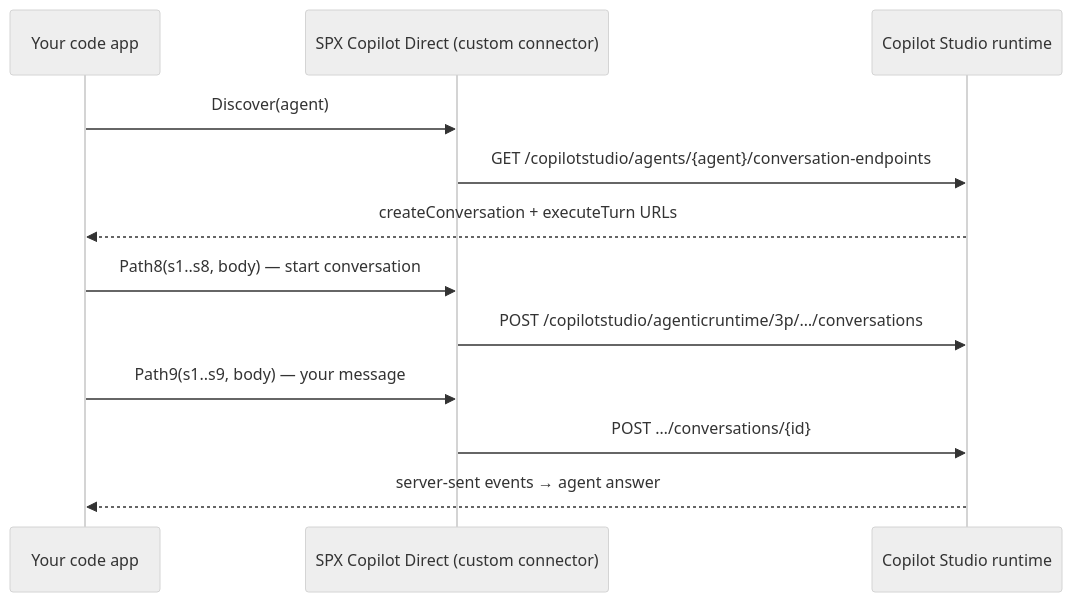
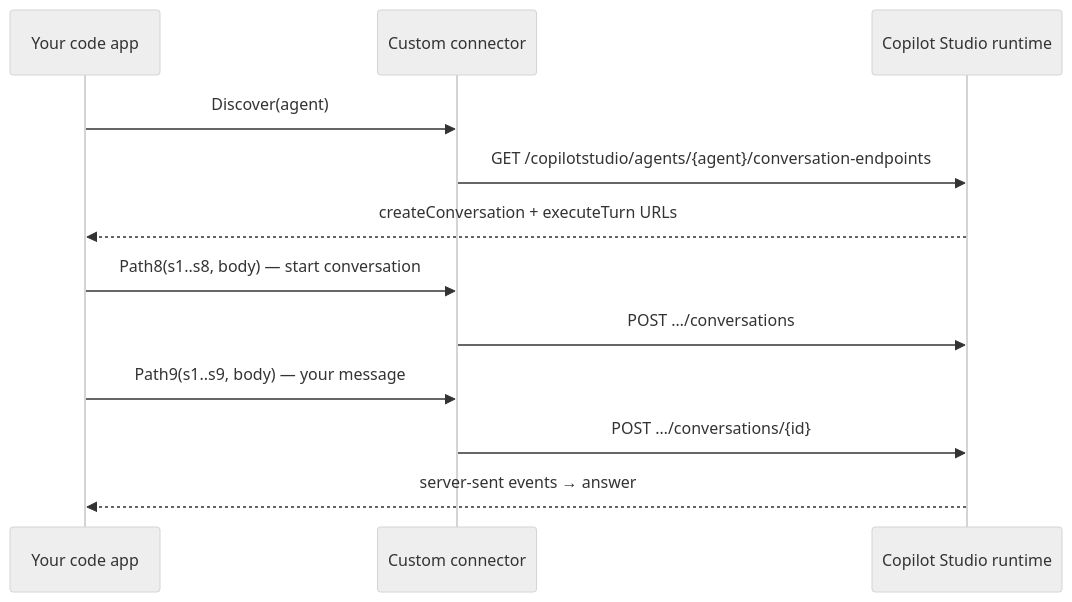
The second of 2 diagrams in sharepoint-explorer/README.md (PowerofAutomation2026/ClaudePowerofautomation), drawn with Mermaid (neutral theme) before and after one commit. The commit also changed other lines of this file and 10 other files, not shown here.

````diff
--- a/sharepoint-explorer/README.md
+++ b/sharepoint-explorer/README.md
@@ -298,14 +469,14 @@
 ```mermaid
 sequenceDiagram
   participant App as Your code app
-  participant CC as SPX Copilot Direct (custom connector)
+  participant CC as Custom connector
   participant CS as Copilot Studio runtime
   App->>CC: Discover(agent)
   CC->>CS: GET /copilotstudio/agents/{agent}/conversation-endpoints
   CS-->>App: createConversation + executeTurn URLs
-  App->>CC: Path8(s1..s8, body)  — start conversation
-  CC->>CS: POST /copilotstudio/agenticruntime/3p/…/conversations
+  App->>CC: Path8(s1..s8, body) — start conversation
+  CC->>CS: POST …/conversations
   App->>CC: Path9(s1..s9, body) — your message
   CC->>CS: POST …/conversations/{id}
-  CS-->>App: server-sent events → agent answer
+  CS-->>App: server-sent events → answer
 ```
````
